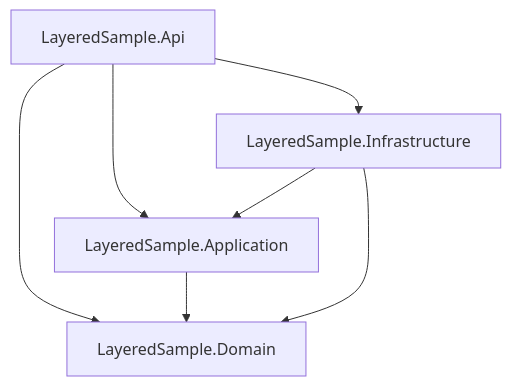
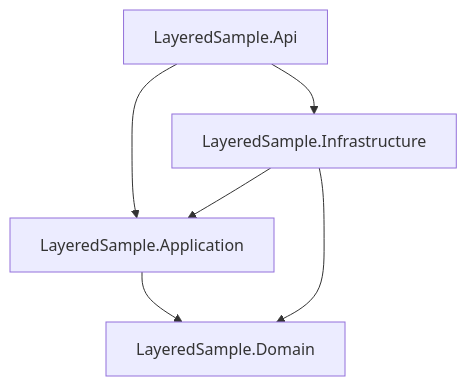
The diagram in docs/examples/LayeredSample/graph-projects.mmd (andrii2g/dotnet-solution-dependency-explorer), drawn with Mermaid before and after one commit. The commit also changed 13 other files, not shown here.

```diff
--- a/docs/examples/LayeredSample/graph-projects.mmd
+++ b/docs/examples/LayeredSample/graph-projects.mmd
@@ -1,11 +1,10 @@
 graph TD
     project__LayeredSample_Api[LayeredSample.Api]
     project__LayeredSample_Application[LayeredSample.Application]
     project__LayeredSample_Domain[LayeredSample.Domain]
     project__LayeredSample_Infrastructure[LayeredSample.Infrastructure]
     project__LayeredSample_Api --> project__LayeredSample_Application
-    project__LayeredSample_Api --> project__LayeredSample_Domain
     project__LayeredSample_Api --> project__LayeredSample_Infrastructure
     project__LayeredSample_Application --> project__LayeredSample_Domain
     project__LayeredSample_Infrastructure --> project__LayeredSample_Application
     project__LayeredSample_Infrastructure --> project__LayeredSample_Domain
```
